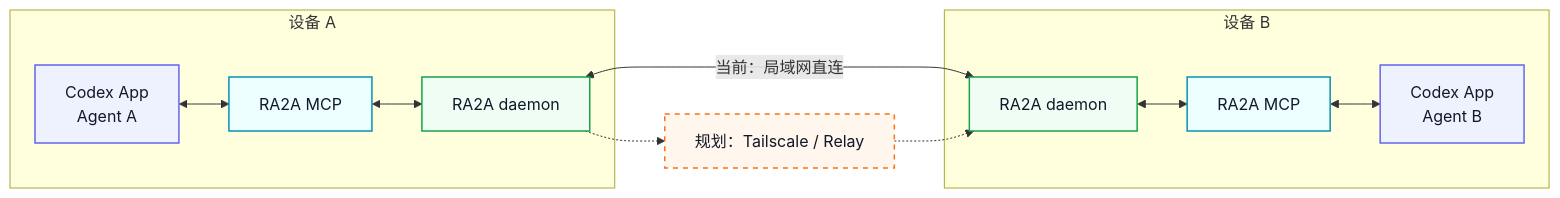
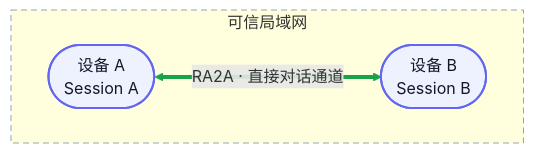
The diagram in README.md (ceasarXuu/RA2A), drawn with Mermaid before and after one commit.

Commit message:
docs(readme): abstract session channel diagram

````diff
--- a/README.md
+++ b/README.md
@@ -18,20 +18,12 @@
 ```mermaid
 flowchart LR
-    subgraph A["设备 A"]
-        A1["Codex App<br/>Agent A"] <--> A2["RA2A MCP"] <--> A3["RA2A daemon"]
+    subgraph LAN["可信局域网"]
+        direction LR
+        S1(["设备 A<br/>Session A"]) <==>|"RA2A · 直接对话通道"| S2(["设备 B<br/>Session B"])
     end
-    subgraph B["设备 B"]
-        B3["RA2A daemon"] <--> B2["RA2A MCP"] <--> B1["Codex App<br/>Agent B"]
-    end
-    A3 <-->|"当前：局域网直连"| B3
-    A3 -.-> R["规划：Tailscale / Relay"] -.-> B3
 
-    classDef app fill:#eef2ff,stroke:#6366f1,color:#111827,stroke-width:1.5px
-    classDef mcp fill:#ecfeff,stroke:#0891b2,color:#111827,stroke-width:1.5px
-    classDef daemon fill:#f0fdf4,stroke:#16a34a,color:#111827,stroke-width:1.5px
-    classDef roadmap fill:#fff7ed,stroke:#f97316,color:#111827,stroke-width:1.5px,stroke-dasharray:5 5
-    class A1,B1 app
-    class A2,B2 mcp
-    class A3,B3 daemon
-    class R roadmap
+    classDef session fill:#eef2ff,stroke:#6366f1,color:#111827,stroke-width:2px
+    class S1,S2 session
+    style LAN stroke:#94a3b8,stroke-width:1px,stroke-dasharray:6 4
+    linkStyle 0 stroke:#16a34a,stroke-width:4px
 ```
````
